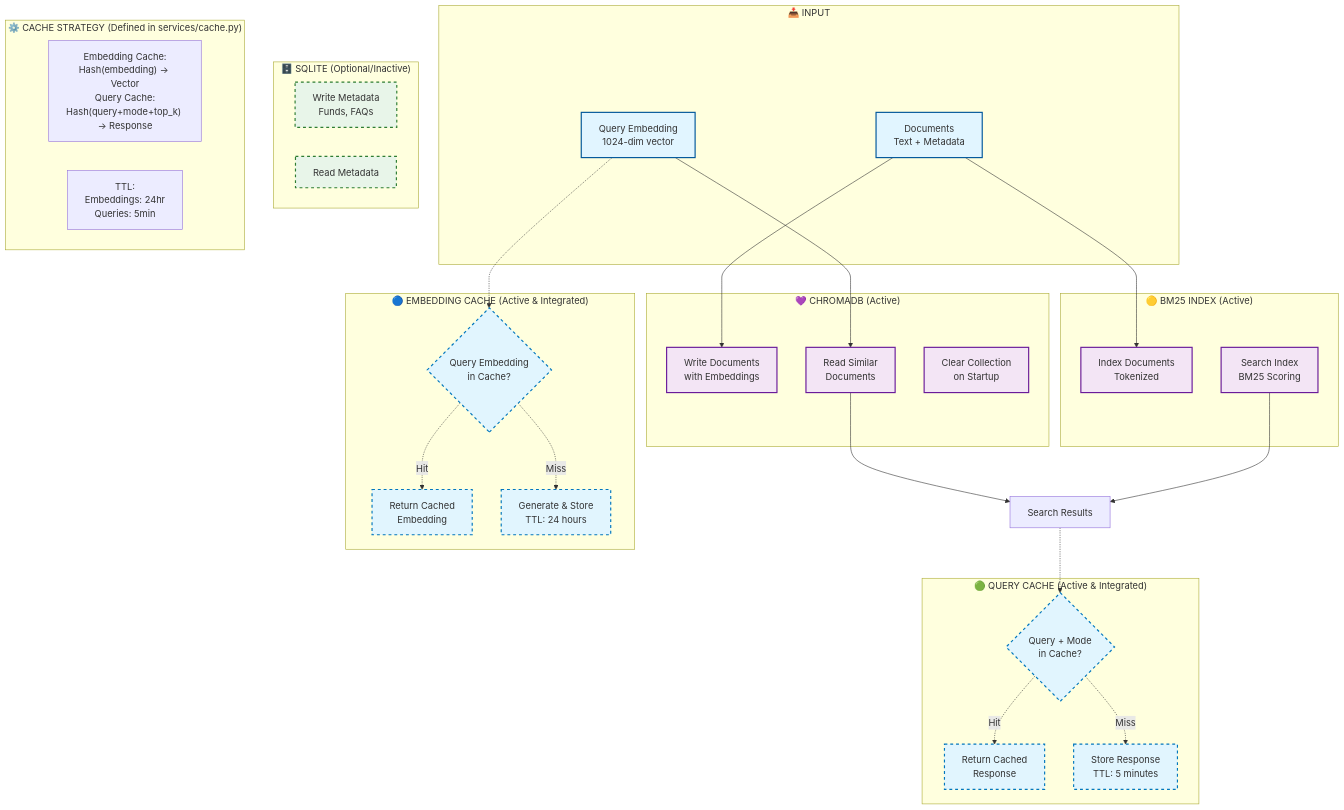
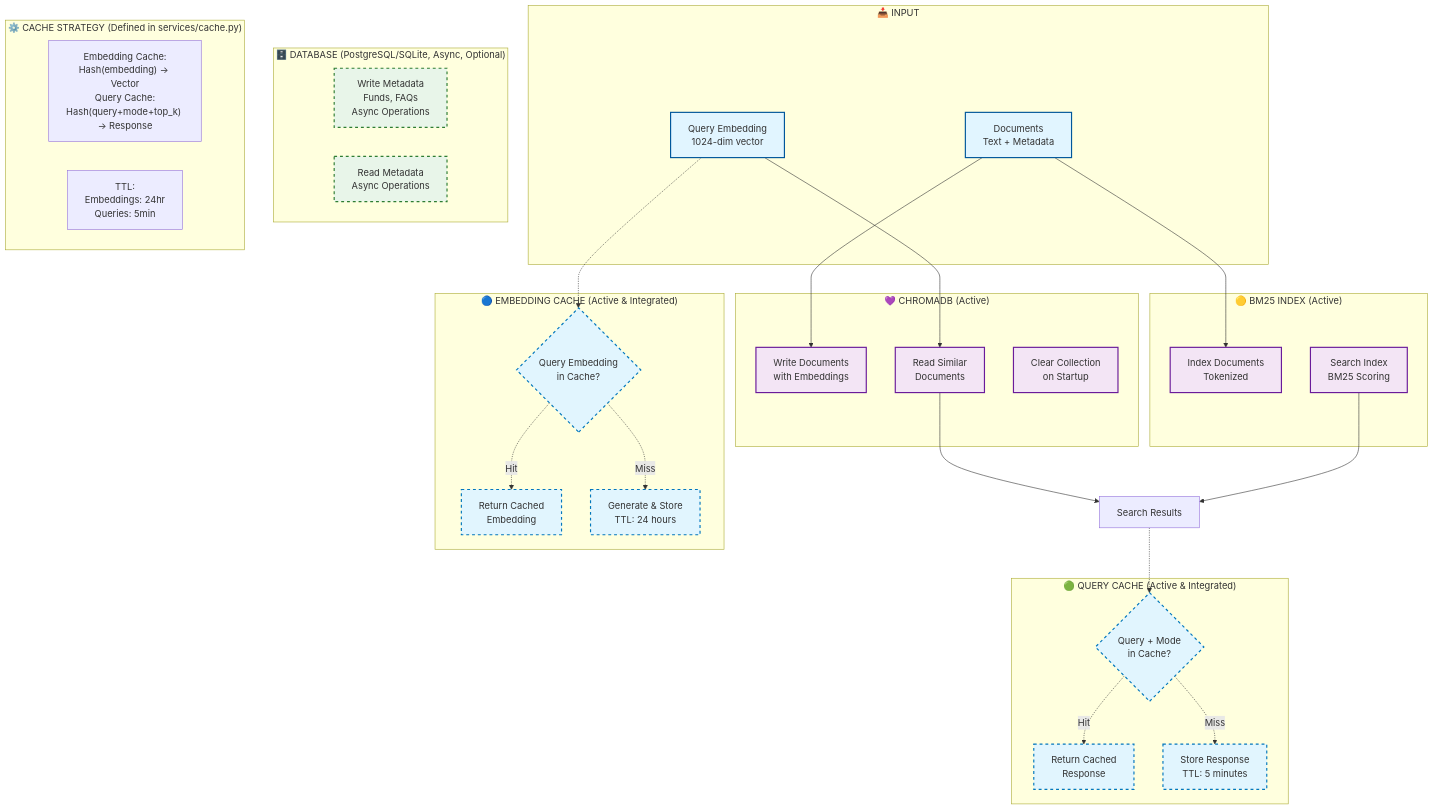
Before and after one commit to iexcalibur/qonfido_rag: the seventh of 9 diagrams in docs/DATA_FLOW.md, drawn with Mermaid. The commit also changed other lines of this file and 16 other files, not shown here.

````diff
--- a/docs/DATA_FLOW.md
+++ b/docs/DATA_FLOW.md
@@ -593,64 +593,64 @@
 ```mermaid
 flowchart TD
     subgraph Input ["📥 INPUT"]
         QUERY_EMBED[Query Embedding<br/>1024-dim vector]
         DOCUMENTS[Documents<br/>Text + Metadata]
     end
 
     subgraph EmbeddingCache ["🔵 EMBEDDING CACHE (Active & Integrated)"]
         CHECK_EMBED{Query Embedding<br/>in Cache?}
         CHECK_EMBED -.->|Hit| GET_EMBED[Return Cached<br/>Embedding]
         CHECK_EMBED -.->|Miss| STORE_EMBED[Generate & Store<br/>TTL: 24 hours]
     end
 
     subgraph QueryCache ["🟢 QUERY CACHE (Active & Integrated)"]
         CHECK_QUERY{Query + Mode<br/>in Cache?}
         CHECK_QUERY -.->|Hit| GET_QUERY[Return Cached<br/>Response]
         CHECK_QUERY -.->|Miss| STORE_QUERY[Store Response<br/>TTL: 5 minutes]
     end
 
     subgraph ChromaDB ["💜 CHROMADB (Active)"]
         CHROMA_WRITE[Write Documents<br/>with Embeddings]
         CHROMA_READ[Read Similar<br/>Documents]
         CHROMA_CLEAR[Clear Collection<br/>on Startup]
     end
 
     subgraph BM25Index ["🟡 BM25 INDEX (Active)"]
         BM25_WRITE[Index Documents<br/>Tokenized]
         BM25_READ[Search Index<br/>BM25 Scoring]
     end
 
-    subgraph SQLite ["🗄️ SQLITE (Optional/Inactive)"]
-        DB_WRITE[Write Metadata<br/>Funds, FAQs]
-        DB_READ[Read Metadata]
+    subgraph Database ["🗄️ DATABASE (PostgreSQL/SQLite, Async, Optional)"]
+        DB_WRITE[Write Metadata<br/>Funds, FAQs<br/>Async Operations]
+        DB_READ[Read Metadata<br/>Async Operations]
     end
 
     QUERY_EMBED --> CHROMA_READ
     DOCUMENTS --> CHROMA_WRITE
     DOCUMENTS --> BM25_WRITE
 
     %% Dotted lines indicate logical flow, solid for primary path
     QUERY_EMBED -.-> CHECK_EMBED
     
     CHROMA_READ --> RESULTS
     BM25_READ --> RESULTS
 
     RESULTS[Search Results] -.-> CHECK_QUERY
 
     subgraph CacheStrategy ["⚙️ CACHE STRATEGY (Defined in services/cache.py)"]
         direction LR
         STRATEGY["Embedding Cache:<br/>Hash(embedding) → Vector<br/>Query Cache:<br/>Hash(query+mode+top_k) → Response"]
         TTL["TTL:<br/>Embeddings: 24hr<br/>Queries: 5min"]
     end
 
     %% Styling
     classDef inputStyle fill:#e1f5ff,stroke:#01579b,stroke-width:2px
     classDef activeStyle fill:#f3e5f5,stroke:#6a1b9a,stroke-width:2px
     classDef infraStyle fill:#e1f5fe,stroke:#0277bd,stroke-width:2px,stroke-dasharray: 5 5
     classDef dbStyle fill:#e8f5e9,stroke:#2e7d32,stroke-width:2px,stroke-dasharray: 5 5
 
     class QUERY_EMBED,DOCUMENTS inputStyle
     class CHROMA_WRITE,CHROMA_READ,CHROMA_CLEAR,BM25_WRITE,BM25_READ activeStyle
     class CHECK_EMBED,GET_EMBED,STORE_EMBED,CHECK_QUERY,GET_QUERY,STORE_QUERY infraStyle
     class DB_WRITE,DB_READ dbStyle
 ```
````
